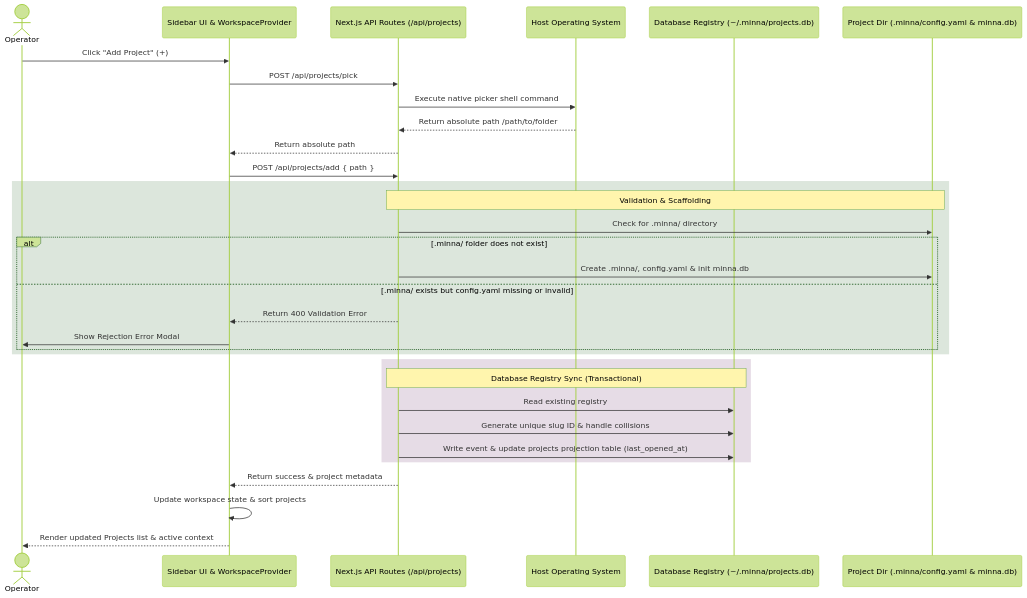
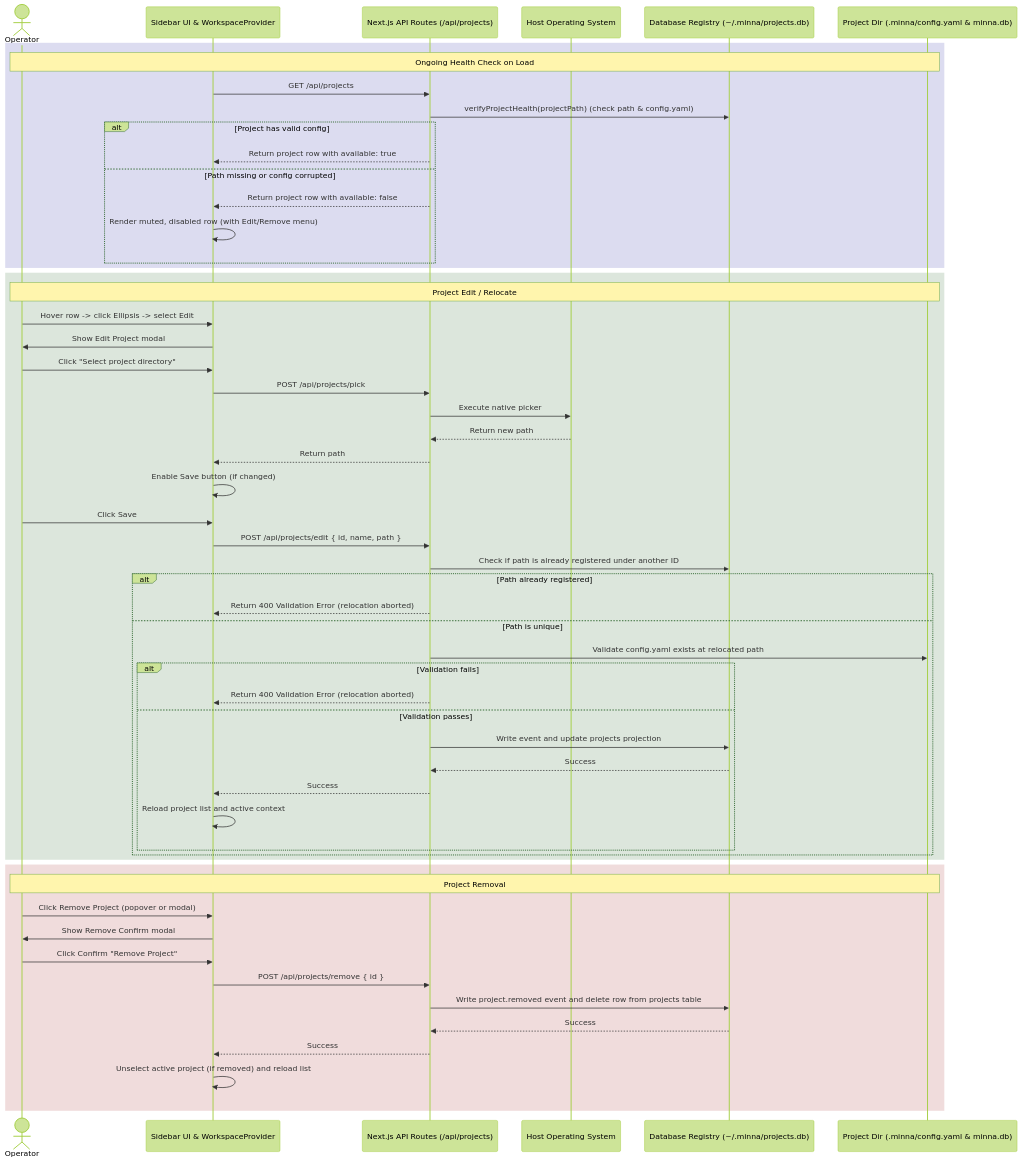
Before and after one commit to reso830/Project_Minna: the diagram in specs/002-project-creation/plan.md, drawn with Mermaid (forest theme). The commit also changed other lines of this file and 9 other files, not shown here.

First line of the commit message:
Amend Feature 002 spec-kit package for Project Update/Delete/Health Check

````diff
--- a/specs/002-project-creation/plan.md
+++ b/specs/002-project-creation/plan.md
@@ -7,38 +7,61 @@
 ```mermaid
 sequenceDiagram
     actor Operator
     participant UI as Sidebar UI & WorkspaceProvider
     participant API as Next.js API Routes (/api/projects)
     participant OS as Host Operating System
     participant Reg as Database Registry (~/.minna/projects.db)
     participant Proj as Project Dir (.minna/config.yaml & minna.db)
 
-    Operator->>UI: Click "Add Project" (+)
-    UI->>API: POST /api/projects/pick
-    API->>OS: Execute native picker shell command
-    OS-->>API: Return absolute path /path/to/folder
-    API-->>UI: Return absolute path
-    UI->>API: POST /api/projects/add { path }
-    
-    rect rgb(220, 230, 220)
-        Note over API,Proj: Validation & Scaffolding
-        API->>Proj: Check for .minna/ directory
-        alt .minna/ folder does not exist
-            API->>Proj: Create .minna/, config.yaml & init minna.db
-        else .minna/ exists but config.yaml missing or invalid
-            API-->>UI: Return 400 Validation Error
-            UI->>Operator: Show Rejection Error Modal
+    rect rgb(220, 220, 240)
+        Note over Operator,Proj: Ongoing Health Check on Load
+        UI->>API: GET /api/projects
+        API->>Reg: verifyProjectHealth(projectPath) (check path & config.yaml)
+        alt Project has valid config
+            API-->>UI: Return project row with available: true
+        else Path missing or config corrupted
+            API-->>UI: Return project row with available: false
+            UI->>UI: Render muted, disabled row (with Edit/Remove menu)
         end
     end
-    
-    rect rgb(230, 220, 230)
-        Note over API,Reg: Database Registry Sync (Transactional)
-        API->>Reg: Read existing registry
-        API->>Reg: Generate unique slug ID & handle collisions
-        API->>Reg: Write event & update projects projection table (last_opened_at)
+
+    rect rgb(220, 230, 220)
+        Note over Operator,Proj: Project Edit / Relocate
+        Operator->>UI: Hover row -> click Ellipsis -> select Edit
+        UI->>Operator: Show Edit Project modal
+        Operator->>UI: Click "Select project directory"
+        UI->>API: POST /api/projects/pick
+        API->>OS: Execute native picker
+        OS-->>API: Return new path
+        API-->>UI: Return path
+        UI->>UI: Enable Save button (if changed)
+        Operator->>UI: Click Save
+        UI->>API: POST /api/projects/edit { id, name, path }
+        API->>Reg: Check if path is already registered under another ID
+        alt Path already registered
+            API-->>UI: Return 400 Validation Error (relocation aborted)
+        else Path is unique
+            API->>Proj: Validate config.yaml exists at relocated path
+            alt Validation fails
+                API-->>UI: Return 400 Validation Error (relocation aborted)
+            else Validation passes
+                API->>Reg: Write event and update projects projection
+                Reg-->>API: Success
+                API-->>UI: Success
+                UI->>UI: Reload project list and active context
+            end
+        end
     end
 
-    API-->>UI: Return success & project metadata
-    UI->>UI: Update workspace state & sort projects
-    UI-->>Operator: Render updated Projects list & active context
+    rect rgb(240, 220, 220)
+        Note over Operator,Proj: Project Removal
+        Operator->>UI: Click Remove Project (popover or modal)
+        UI->>Operator: Show Remove Confirm modal
+        Operator->>UI: Click Confirm "Remove Project"
+        UI->>API: POST /api/projects/remove { id }
+        API->>Reg: Write project.removed event and delete row from projects table
+        Reg-->>API: Success
+        API-->>UI: Success
+        UI->>UI: Unselect active project (if removed) and reload list
+    end
 ```
````
